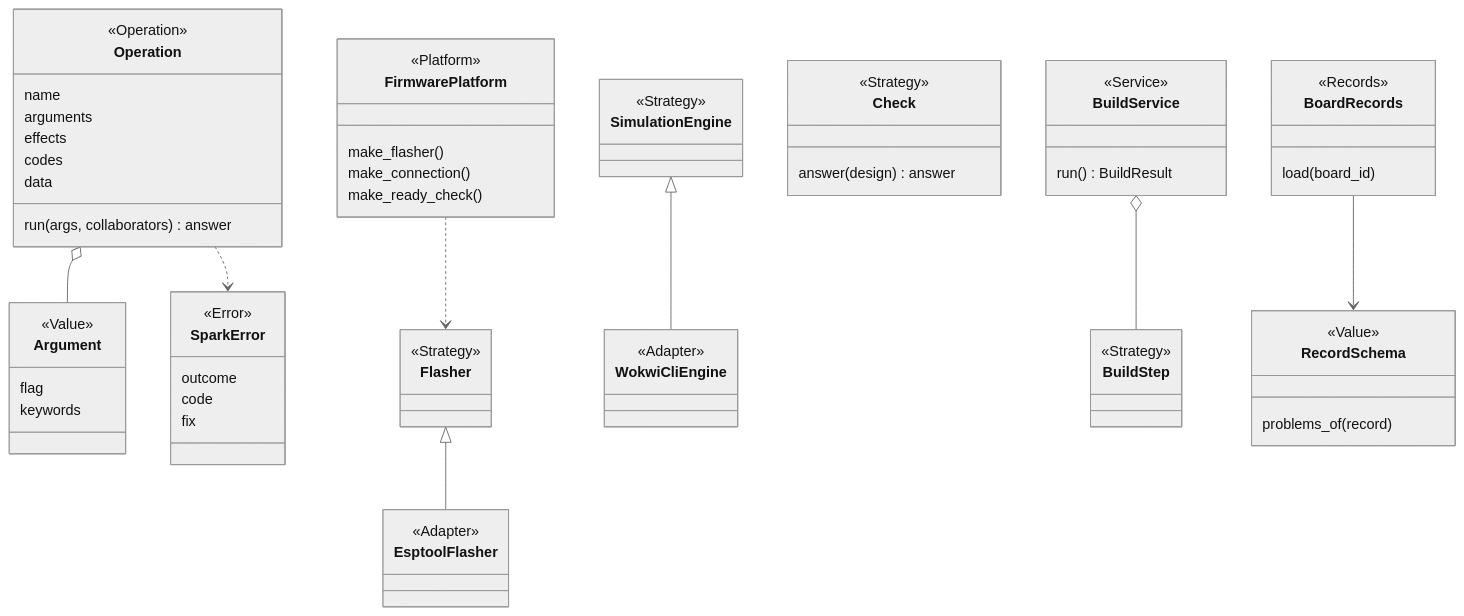
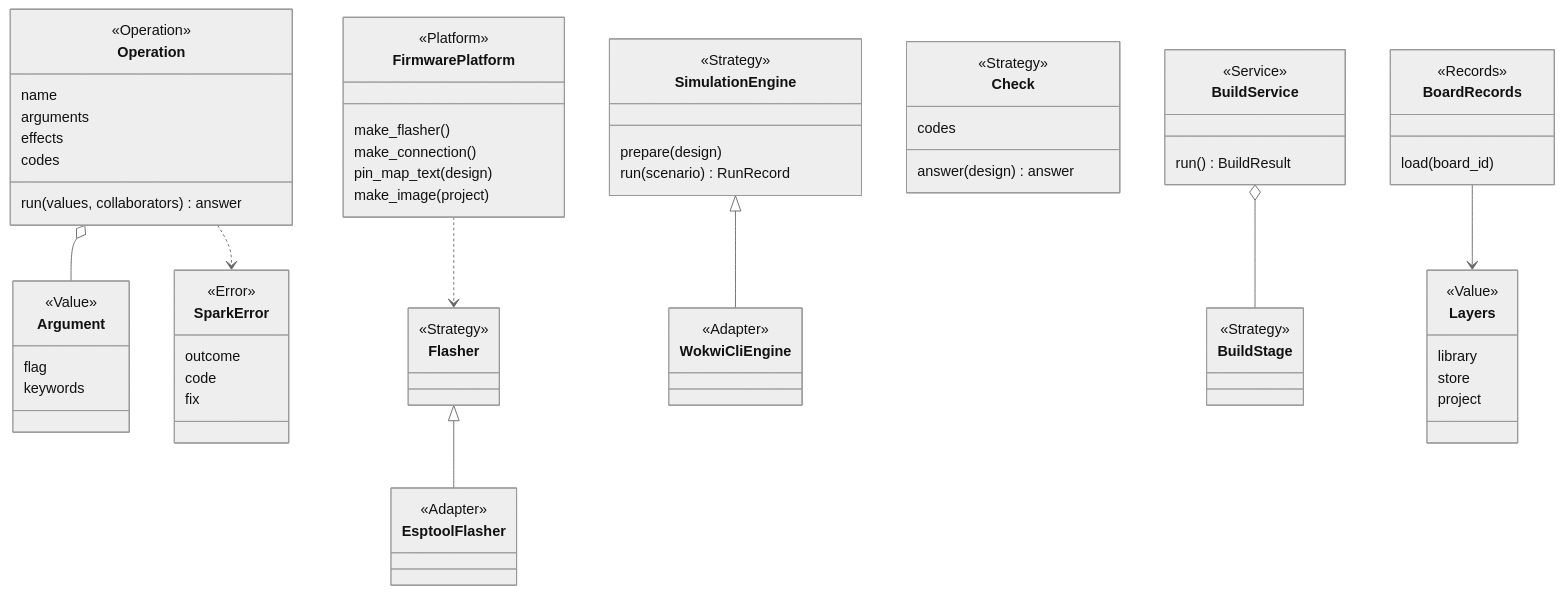
One commit to xmejkal/spark changed the second of 3 diagrams in docs/discovery/2026-10-19-p323-target-architecture/design.md. Above: the diagram before and after it, drawn with Mermaid (neutral theme). The commit also changed other lines of this file and 6 other files, not shown here.

````diff
--- a/docs/discovery/2026-10-19-p323-target-architecture/design.md
+++ b/docs/discovery/2026-10-19-p323-target-architecture/design.md
@@ -183,67 +195,72 @@
 ```mermaid
 classDiagram
   class Operation {
     <<Operation>>
     name
     arguments
     effects
     codes
-    data
-    run(args, collaborators) answer
+    run(values, collaborators) answer
   }
   class Argument {
     <<Value>>
     flag
     keywords
   }
   class SparkError {
     <<Error>>
     outcome
     code
     fix
   }
   class FirmwarePlatform {
     <<Platform>>
     make_flasher()
     make_connection()
-    make_ready_check()
+    pin_map_text(design)
+    make_image(project)
   }
   class Flasher {
     <<Strategy>>
   }
   class EsptoolFlasher {
     <<Adapter>>
   }
   class SimulationEngine {
     <<Strategy>>
+    prepare(design)
+    run(scenario) RunRecord
   }
   class WokwiCliEngine {
     <<Adapter>>
   }
   class Check {
     <<Strategy>>
+    codes
     answer(design) answer
   }
   class BuildService {
     <<Service>>
     run() BuildResult
   }
-  class BuildStep {
+  class BuildStage {
     <<Strategy>>
   }
   class BoardRecords {
     <<Records>>
     load(board_id)
   }
-  class RecordSchema {
+  class Layers {
     <<Value>>
-    problems_of(record)
+    library
+    store
+    project
   }
   Operation o-- Argument
   Operation ..> SparkError
   FirmwarePlatform ..> Flasher
   Flasher <|-- EsptoolFlasher
   SimulationEngine <|-- WokwiCliEngine
-  BuildService o-- BuildStep
-  BoardRecords --> RecordSchema
+  BuildService o-- BuildStage
+  BoardRecords --> Layers
 ```
````
